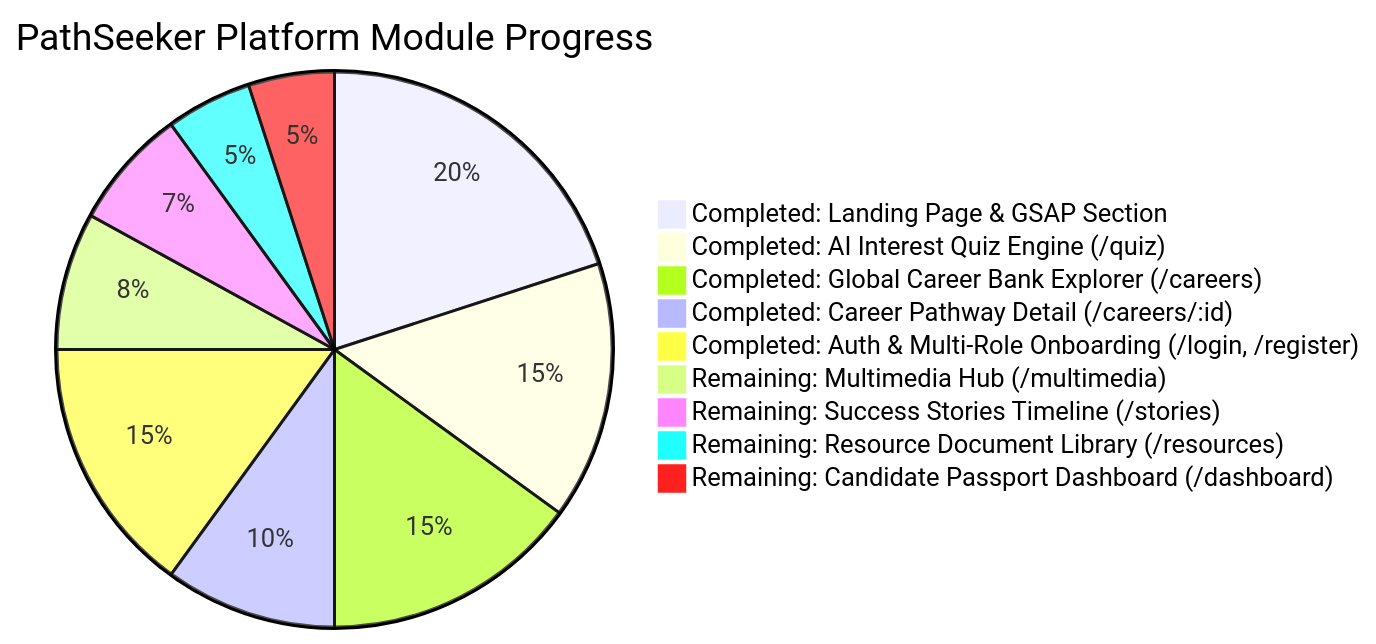
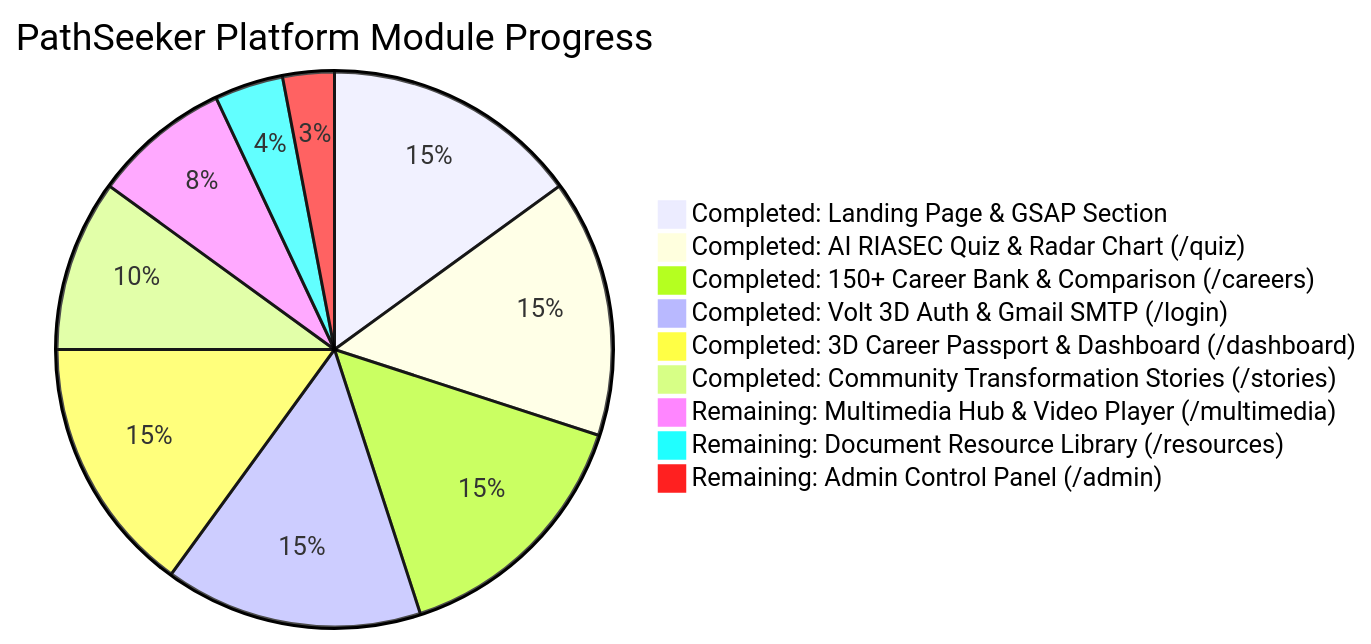
Before and after one commit to Humaam-04-06/Quantic_-Career_Passport-: the diagram in README.md, drawn with Mermaid. The commit also changed other lines of this file and 50 other files, not shown here.

Commit message:
almost project is completed except admin module !

````diff
--- a/README.md
+++ b/README.md
@@ -14,12 +15,12 @@
 ```mermaid
 pie title PathSeeker Platform Module Progress
-    "Completed: Landing Page & GSAP Section" : 20
-    "Completed: AI Interest Quiz Engine (/quiz)" : 15
-    "Completed: Global Career Bank Explorer (/careers)" : 15
-    "Completed: Career Pathway Detail (/careers/:id)" : 10
-    "Completed: Auth & Multi-Role Onboarding (/login, /register)" : 15
-    "Remaining: Multimedia Hub (/multimedia)" : 8
-    "Remaining: Success Stories Timeline (/stories)" : 7
-    "Remaining: Resource Document Library (/resources)" : 5
-    "Remaining: Candidate Passport Dashboard (/dashboard)" : 5
+    "Completed: Landing Page & GSAP Section" : 15
+    "Completed: AI RIASEC Quiz & Radar Chart (/quiz)" : 15
+    "Completed: 150+ Career Bank & Comparison (/careers)" : 15
+    "Completed: Volt 3D Auth & Gmail SMTP (/login)" : 15
+    "Completed: 3D Career Passport & Dashboard (/dashboard)" : 15
+    "Completed: Community Transformation Stories (/stories)" : 10
+    "Remaining: Multimedia Hub & Video Player (/multimedia)" : 8
+    "Remaining: Document Resource Library (/resources)" : 4
+    "Remaining: Admin Control Panel (/admin)" : 3
 ```
````
